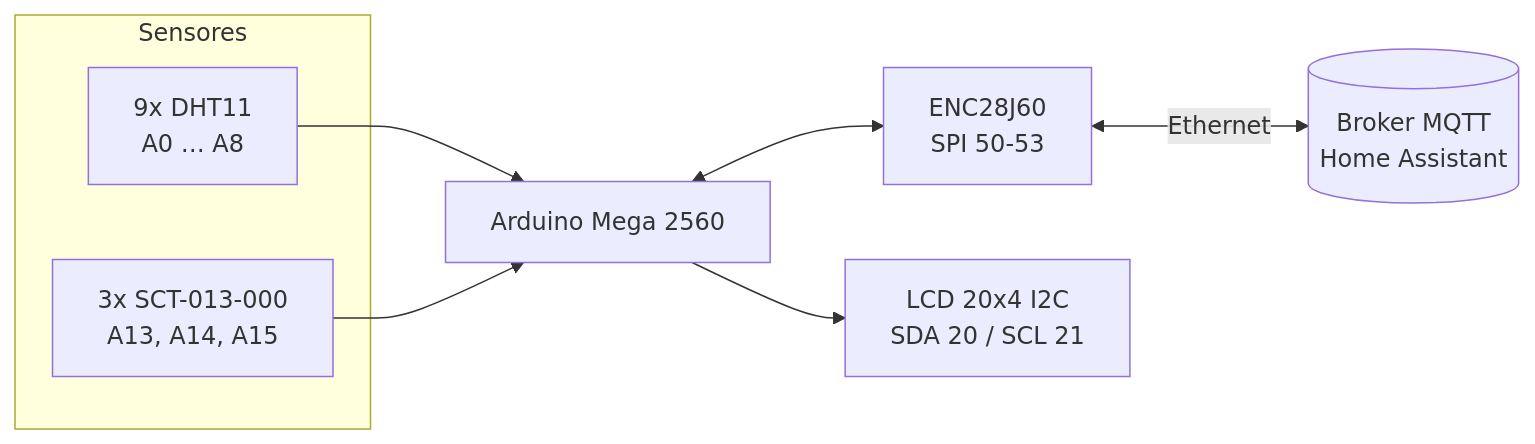
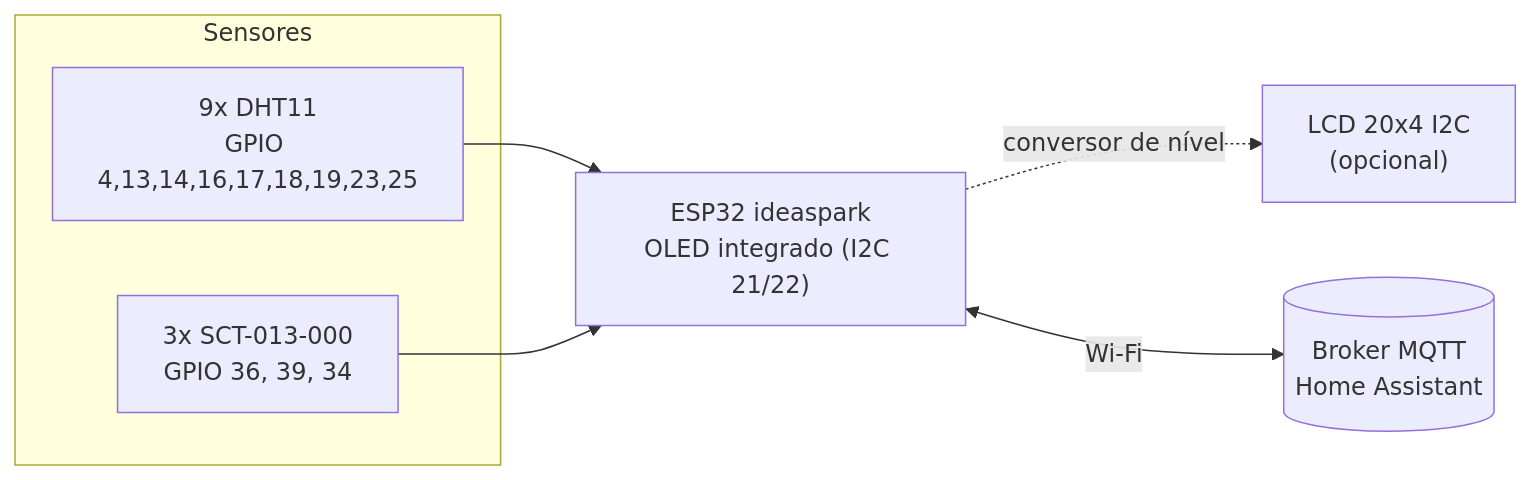
The diagram in docs/ligacoes.md (HarpyjaTech/Arduino-Mega-2560-Temperature-Humidity-and-Current-Sensor), drawn with Mermaid before and after one commit. The commit also changed other lines of this file and 6 other files, not shown here.

First line of the commit message:
Porta o firmware para ESP32 (ideaspark com OLED) e Wi-Fi

````diff
--- a/docs/ligacoes.md
+++ b/docs/ligacoes.md
@@ -7,17 +11,15 @@
 ```mermaid
 flowchart LR
     subgraph Sensores
-        DHT["9x DHT11<br/>A0 … A8"]
-        SCT["3x SCT-013-000<br/>A13, A14, A15"]
+        DHT["9x DHT11<br/>GPIO 4,13,14,16,17,18,19,23,25"]
+        SCT["3x SCT-013-000<br/>GPIO 36, 39, 34"]
     end
-    MEGA["Arduino Mega 2560"]
-    ENC["ENC28J60<br/>SPI 50-53"]
-    LCD["LCD 20x4 I2C<br/>SDA 20 / SCL 21"]
+    ESP["ESP32 ideaspark<br/>OLED integrado (I2C 21/22)"]
+    LCD["LCD 20x4 I2C<br/>(opcional)"]
     BROKER[("Broker MQTT<br/>Home Assistant")]
 
-    DHT --> MEGA
-    SCT --> MEGA
-    MEGA <--> ENC
-    MEGA --> LCD
-    ENC <-->|Ethernet| BROKER
+    DHT --> ESP
+    SCT --> ESP
+    ESP -.->|conversor de nível| LCD
+    ESP <-->|Wi-Fi| BROKER
 ```
````
